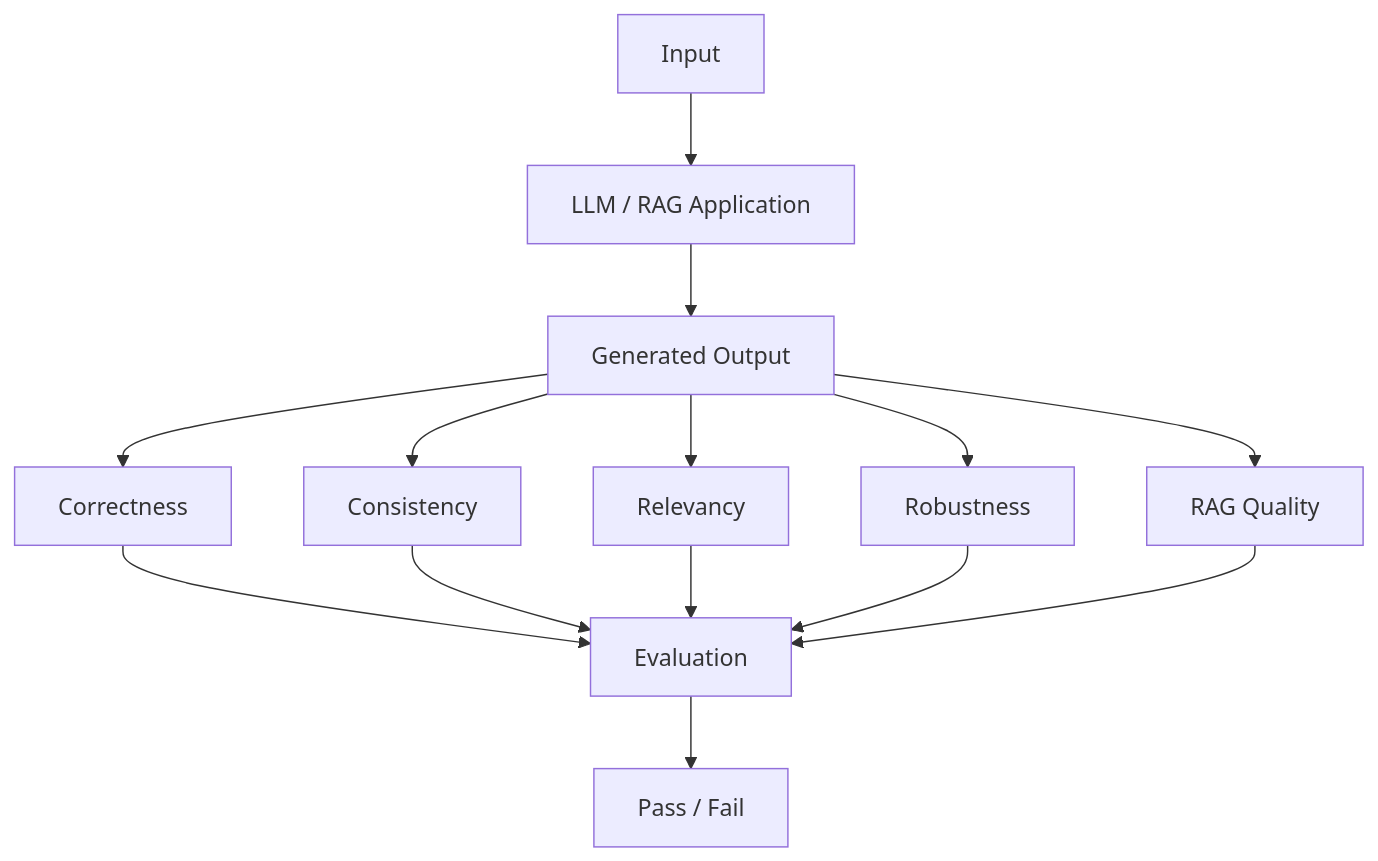
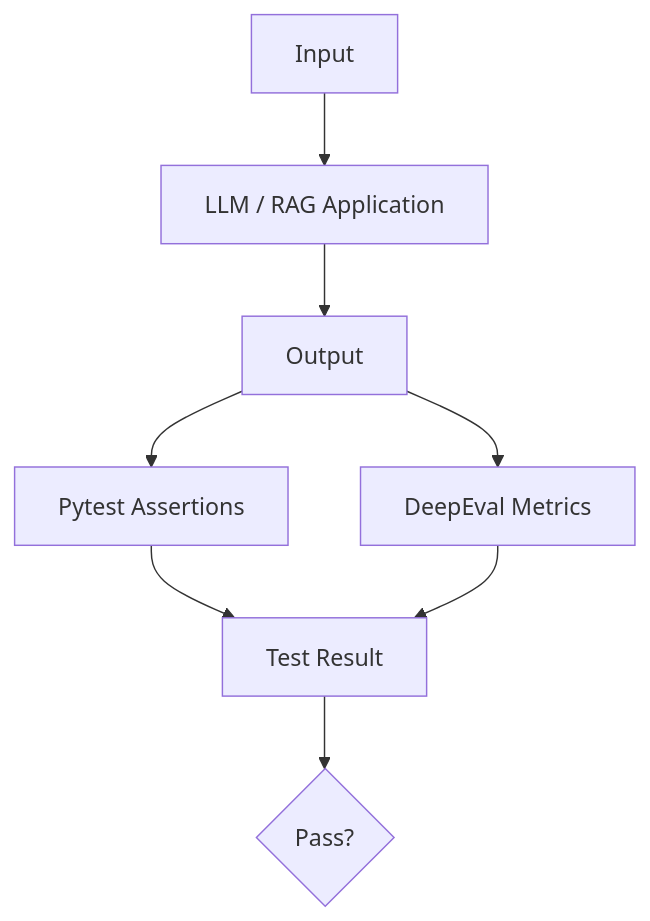
One commit to fberrosp/llm-validation-framework changed the fifth of 5 diagrams in README.md. Above: the diagram before and after it, drawn with Mermaid. The commit also changed other lines of this file, not shown here.

````diff
--- a/README.md
+++ b/README.md
@@ -521,19 +480,13 @@
 ```mermaid
 flowchart TD
-A[Input] --> B[LLM / RAG Application]
-B --> C[Generated Output]
+    A[Input] --> B[LLM / RAG Application]
+    B --> C[Output]
 
-    C --> D[Correctness]
-    C --> E[Consistency]
-    C --> F[Relevancy]
-    C --> G[Robustness]
-    C --> H[RAG Quality]
+    C --> D[Pytest Assertions]
+    C --> E[DeepEval Metrics]
 
-    D --> I[Evaluation]
-    E --> I
-    F --> I
-    G --> I
-    H --> I
+    D --> F[Test Result]
+    E --> F
 
-    I --> J[Pass / Fail]
+    F --> G{Pass?}
 ```
````
